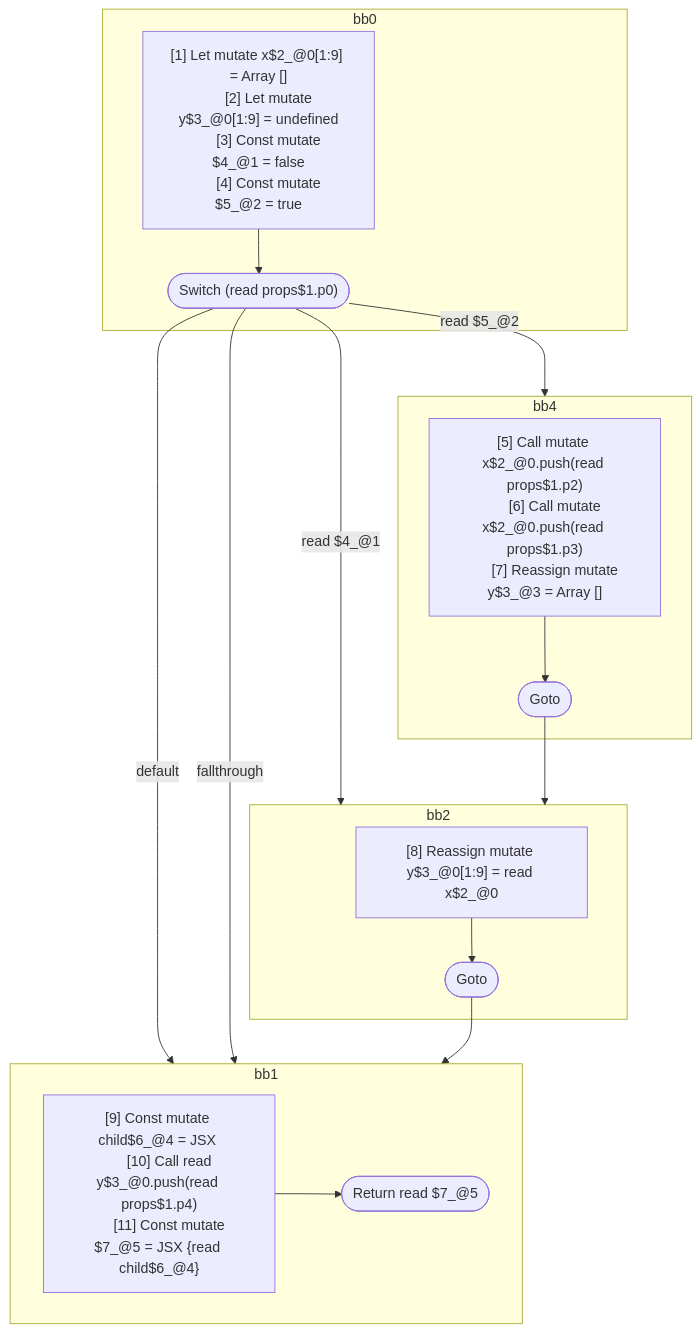
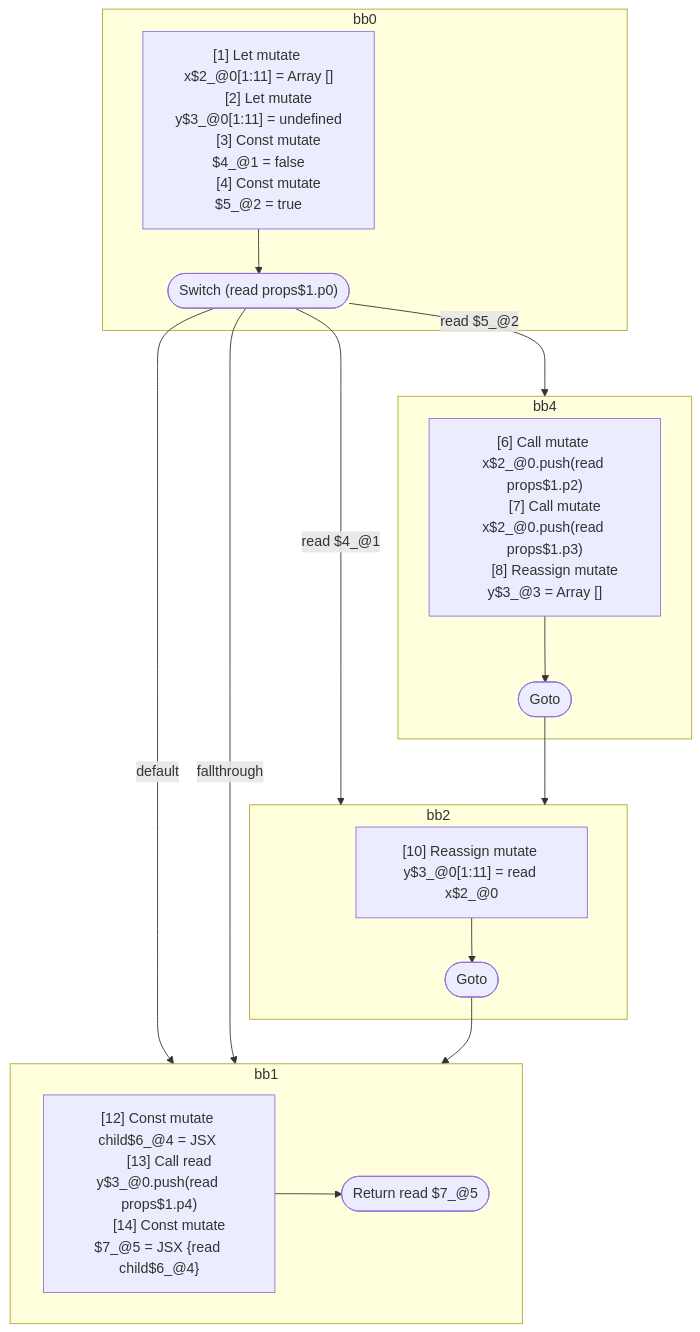
One commit to wutsmog/private changed the diagram in compiler/forget/src/__tests__/fixtures/hir/switch.expect.md. Above: the diagram before and after it, drawn with Mermaid. The commit also changed other lines of this file and 61 other files, not shown here.

````diff
--- a/compiler/forget/src/__tests__/fixtures/hir/switch.expect.md
+++ b/compiler/forget/src/__tests__/fixtures/hir/switch.expect.md
@@ -59,44 +59,44 @@
 ```mermaid
 flowchart TB
   %% Basic Blocks
   subgraph bb0
     bb0_instrs["
-      [1] Let mutate x$2_@0[1:9] = Array []
-      [2] Let mutate y$3_@0[1:9] = undefined
+      [1] Let mutate x$2_@0[1:11] = Array []
+      [2] Let mutate y$3_@0[1:11] = undefined
       [3] Const mutate $4_@1 = false
       [4] Const mutate $5_@2 = true
     "]
     bb0_instrs --> bb0_terminal(["Switch (read props$1.p0)"])
   end
   subgraph bb4
     bb4_instrs["
-      [5] Call mutate x$2_@0.push(read props$1.p2)
-      [6] Call mutate x$2_@0.push(read props$1.p3)
-      [7] Reassign mutate y$3_@3 = Array []
+      [6] Call mutate x$2_@0.push(read props$1.p2)
+      [7] Call mutate x$2_@0.push(read props$1.p3)
+      [8] Reassign mutate y$3_@3 = Array []
     "]
     bb4_instrs --> bb4_terminal(["Goto"])
   end
   subgraph bb2
     bb2_instrs["
-      [8] Reassign mutate y$3_@0[1:9] = read x$2_@0
+      [10] Reassign mutate y$3_@0[1:11] = read x$2_@0
     "]
     bb2_instrs --> bb2_terminal(["Goto"])
   end
   subgraph bb1
     bb1_instrs["
-      [9] Const mutate child$6_@4 = JSX <read Component$0 data={freeze x$2_@0} ></read Component$0>
-      [10] Call read y$3_@0.push(read props$1.p4)
-      [11] Const mutate $7_@5 = JSX <read Component$0 data={read y$3_@0} >{read child$6_@4}</read Component$0>
+      [12] Const mutate child$6_@4 = JSX <read Component$0 data={freeze x$2_@0} ></read Component$0>
+      [13] Call read y$3_@0.push(read props$1.p4)
+      [14] Const mutate $7_@5 = JSX <read Component$0 data={read y$3_@0} >{read child$6_@4}</read Component$0>
     "]
     bb1_instrs --> bb1_terminal(["Return read $7_@5"])
   end
 
   %% Jumps
   bb0_terminal -- "read $5_@2" --> bb4
   bb0_terminal -- "read $4_@1" --> bb2
   bb0_terminal -- "default" --> bb1
   bb0_terminal -- "fallthrough" --> bb1
   bb4_terminal --> bb2
   bb2_terminal --> bb1
 
 ```
````
